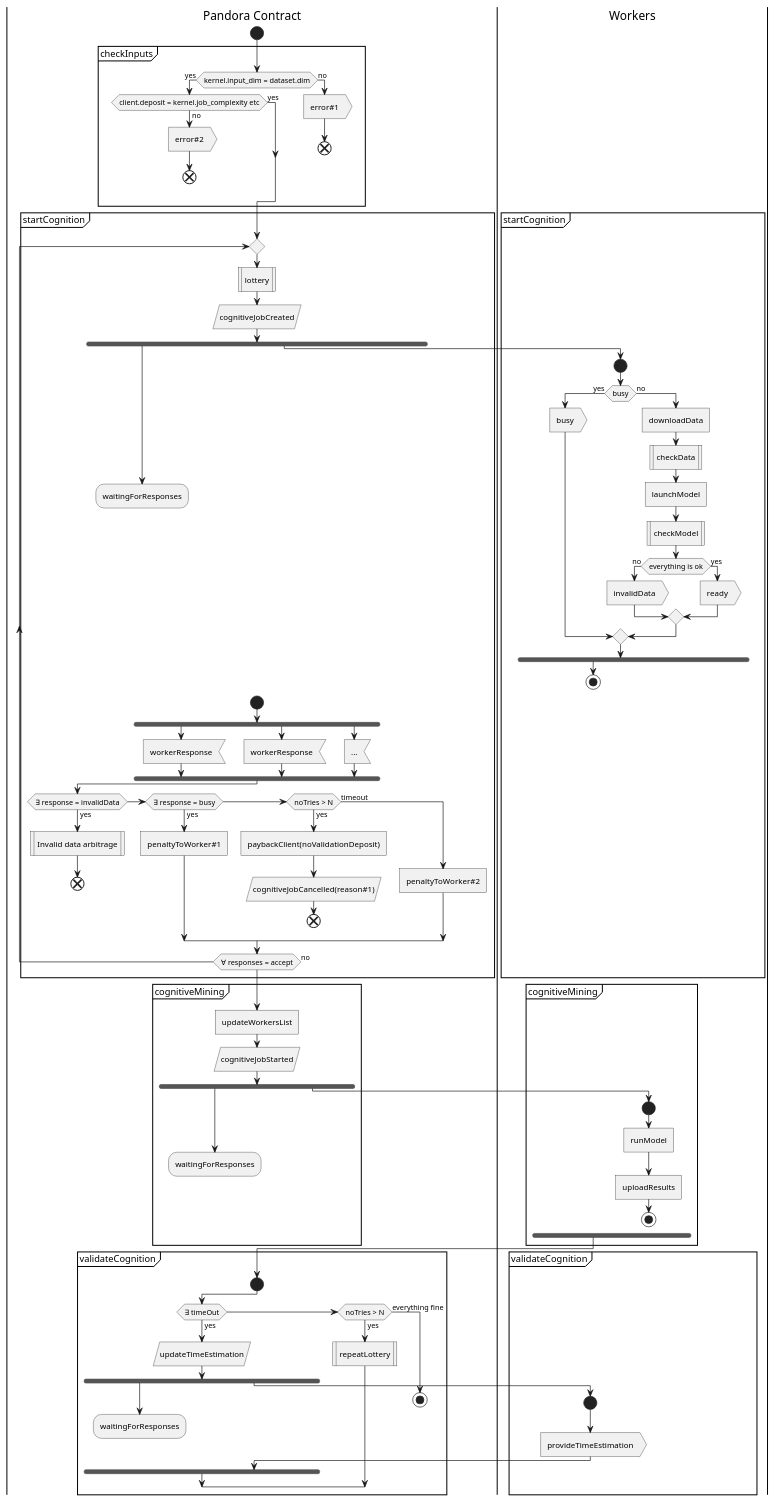
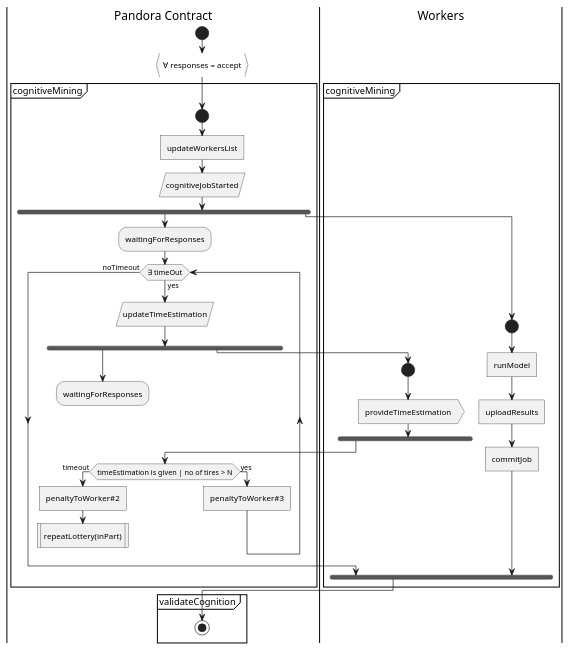
Before and after one commit to pandoraboxchain/pocw-techspecs: the diagram in activity_cognition_20.plantuml, drawn with PlantUML.

```diff
--- a/activity_cognition_20.plantuml
+++ b/activity_cognition_20.plantuml
@@ -1,108 +1,49 @@
 @startuml
 |Pandora Contract|
 |Workers|
 
 |Pandora Contract|
 start
-
-partition checkInputs {
-  if (kernel.input_dim = dataset.dim) then (yes)
-    if (client.deposit = kernel.job_complexity etc) then (yes)
-    else (no)
-      :error#2>
-      end
-    endif
-  else (no)
-    :error#1>
-    end
-  endif
-}
-
-partition startCognition {
-  repeat
-
-    :lottery|
-    :cognitiveJobCreated/
-    fork
-      :waitingForResponses;
-      detach
-    fork again
-      |Workers|
-      start
-      if (busy) then (yes)
-        :busy>
-      else (no)
-        :downloadData]
-        :checkData|
-        :launchModel]
-        :checkModel|
-        if (everything is ok) then (no)
-          :invalidData>
-        else (yes)
-          :ready>
-        endif
-      endif
-    end fork
-    stop
-
-    |Pandora Contract|
-    start
-    fork
-      :workerResponse<
-    fork again
-      :workerResponse<
-    fork again
-      :...<
-    end fork
-
-    if (∃ response = invalidData) then (yes)
-      :Invalid data arbitrage|
-      end
-    elseif (∃ response = busy) then (yes)
-      :penaltyToWorker#1]
-    elseif (noTries > N) then (yes)
-      :paybackClient(noValidationDeposit)]
-      :cognitiveJobCancelled(reason#1)/
-      end
-    else (timeout)
-      :penaltyToWorker#2]
-    endif
-  repeat while (∀ responses = accept) is (no)
-}
+:∀ responses = accept}
 
 partition cognitiveMining {
+  start
   :updateWorkersList]
   :cognitiveJobStarted/
   fork
     :waitingForResponses;
-    detach
+
+    while (∃ timeOut) is (yes)
+      :updateTimeEstimation/
+      fork
+        :waitingForResponses;
+        detach
+      fork again
+        |Workers|
+        start
+        :provideTimeEstimation>
+      end fork
+
+      |Pandora Contract|
+      if (timeEstimation is given | no of tires > N) then (timeout)
+        :penaltyToWorker#2]
+        :repeatLottery(inPart)|
+        detach
+      else (yes)
+        :penaltyToWorker#3]
+      endif
+    endwhile (noTimeout)
   fork again
     |Workers|
     start
     :runModel]
     :uploadResults]
-    stop
+    :commitJob]
   end fork
 }
 
 |Pandora Contract|
 partition validateCognition {
-  start
-  if (∃ timeOut) then (yes)
-    :updateTimeEstimation/
-    fork
-      :waitingForResponses;
-      detach
-    fork again
-      |Workers|
-      start
-      :provideTimeEstimation>
-      |Pandora Contract|
-    end fork
-  elseif (noTries > N) then (yes)
-    :repeatLottery|
-  else (everything fine)
-    stop
-  endif
+  stop
 }
 @enduml
```
